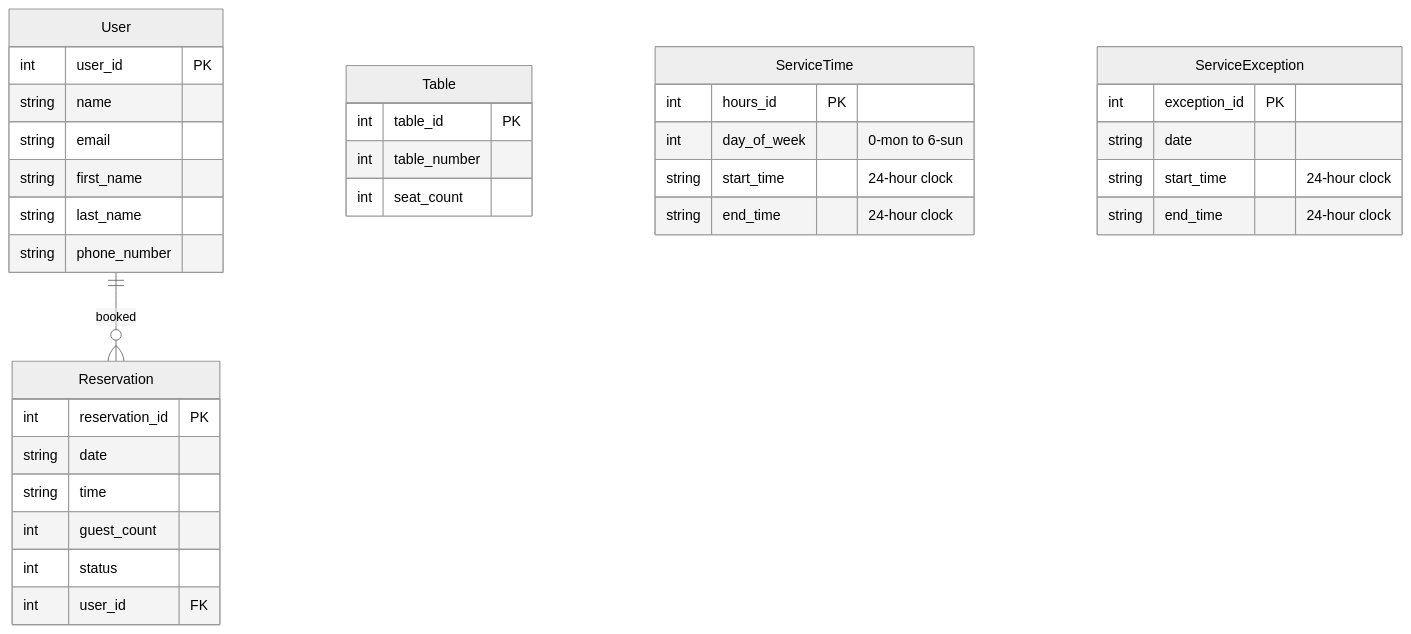
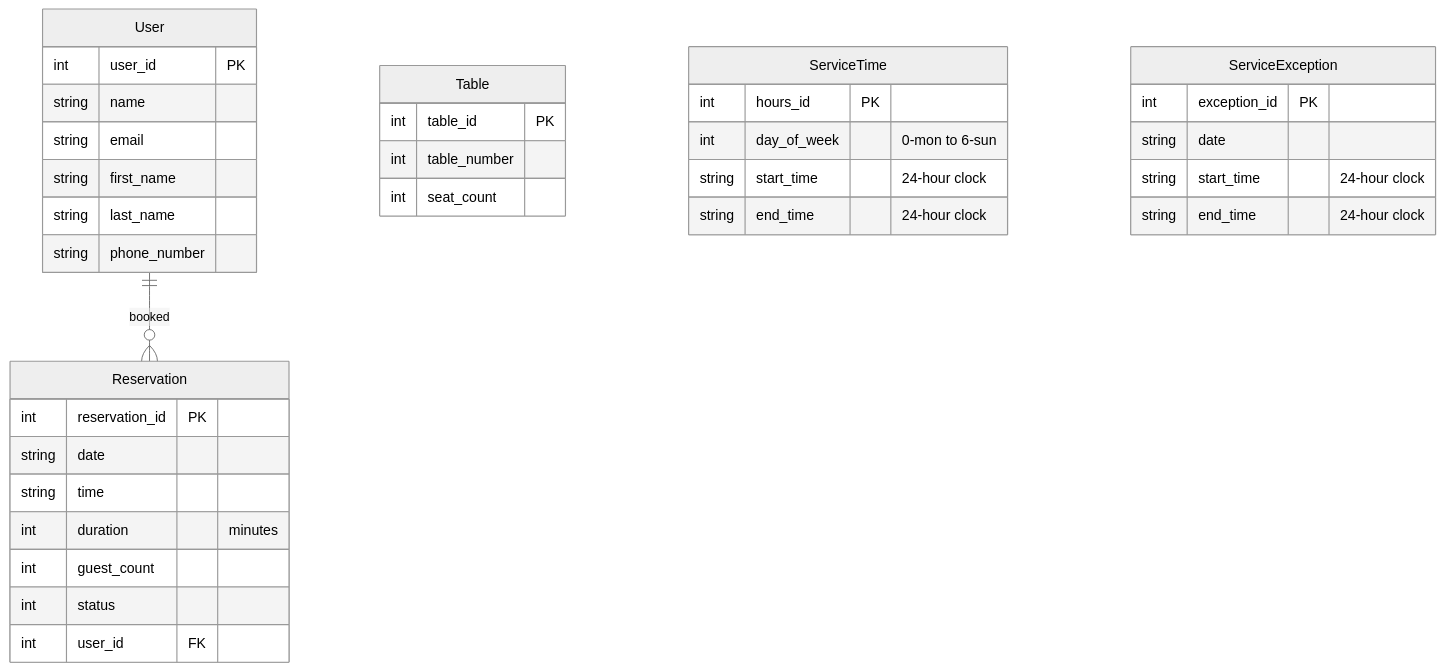
One commit to ctr-code/heart-of-ruritania changed the diagram in README.md. Above: the diagram before and after it, drawn with Mermaid (neutral theme). The commit also changed 2 other files, not shown here.

Commit message:
Add Reservation.duration and order by guest_count descending

````diff
--- a/README.md
+++ b/README.md
@@ -40,37 +40,38 @@
 ``` mermaid
 erDiagram
     User ||--o{ Reservation : booked
     User {
         int user_id PK
         string name
         string email
         string first_name
         string last_name
         string phone_number
     }
     Reservation {
         int reservation_id PK
         string date
         string time
+        int duration "minutes"
         int guest_count
         int status
         int user_id FK
     }
     Table {
         int table_id PK
         int table_number
         int seat_count
     }
     ServiceTime {
         int hours_id PK
         int day_of_week "0-mon to 6-sun"
         string start_time "24-hour clock"
         string end_time "24-hour clock"
     }
     ServiceException {
         int exception_id PK
         string date
         string start_time "24-hour clock"
         string end_time "24-hour clock"
     }
 ```
````
